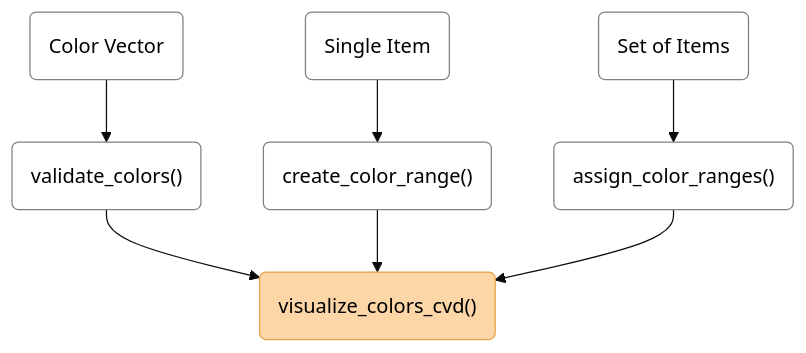
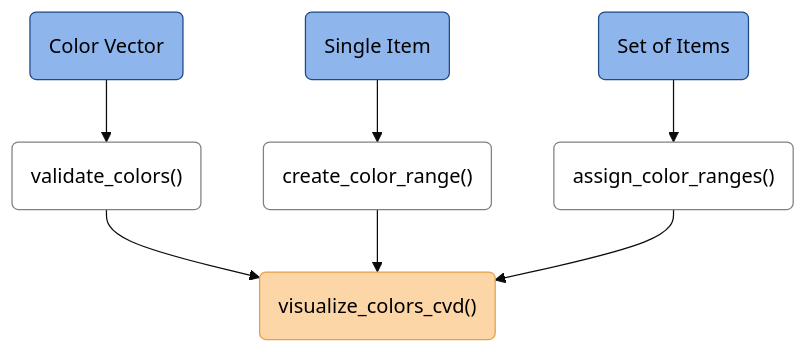
Before and after one commit to ghostlab-id/colorRanges: the diagram in README.Rmd, drawn with Mermaid (base theme). The commit also changed 1 other file, not shown here.

Commit message:
Initial package skeleton

````diff
--- a/README.Rmd
+++ b/README.Rmd
@@ -41,16 +41,16 @@
 ```mermaid
 flowchart TD
-  A("Color Vector") -->B("`validate_colors()`")
-  C("Single Item") -->D("`create_color_range()`")
-  E("Set of Items") -->F("`assign_color_ranges()`")
-  B -->G("`visualize_colors_cvd()`")
-  D -->G("`visualize_colors_cvd()`")
-  F -->G("`visualize_colors_cvd()`")
-style A color:#000000,fill:#ffffff,stroke:#808080
+  A("Color Vector") -->B("validate_colors()")
+  C("Single Item") -->D("create_color_range()")
+  E("Set of Items") -->F("assign_color_ranges()")
+  B -->G("visualize_colors_cvd()")
+  D -->G
+  F -->G
+style A color:#000000,fill:#8eb6ed,stroke:#1e4985
 style B color:#000000,fill:#ffffff,stroke:#808080
-style C color:#000000,fill:#ffffff,stroke:#808080
+style C color:#000000,fill:#8eb6ed,stroke:#1e4985
 style D color:#000000,fill:#ffffff,stroke:#808080
-style E color:#000000,fill:#ffffff,stroke:#808080
+style E color:#000000,fill:#8eb6ed,stroke:#1e4985
 style F color:#000000,fill:#ffffff,stroke:#808080
 style G color:#000000,fill:#fcd6a7,stroke:#e89f46
 ```
````
